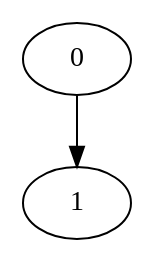
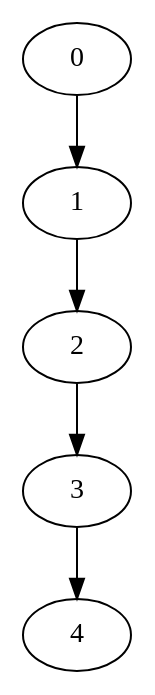
The diagram in Fase2/Backend/Reportes/factura.dot (jdfuentes12/EDD_VJ1S2023_PY_202001228), drawn with Graphviz before and after one commit. The commit also changed 26 other files, not shown here.

```diff
--- a/Fase2/Backend/Reportes/factura.dot
+++ b/Fase2/Backend/Reportes/factura.dot
@@ -1,5 +1,11 @@
 digraph G{
 nodo0[label="0"];
 nodo1[label="1"];
+nodo2[label="2"];
+nodo3[label="3"];
+nodo4[label="4"];
 nodo0-> nodo1;
+nodo1-> nodo2;
+nodo2-> nodo3;
+nodo3-> nodo4;
 }
```
